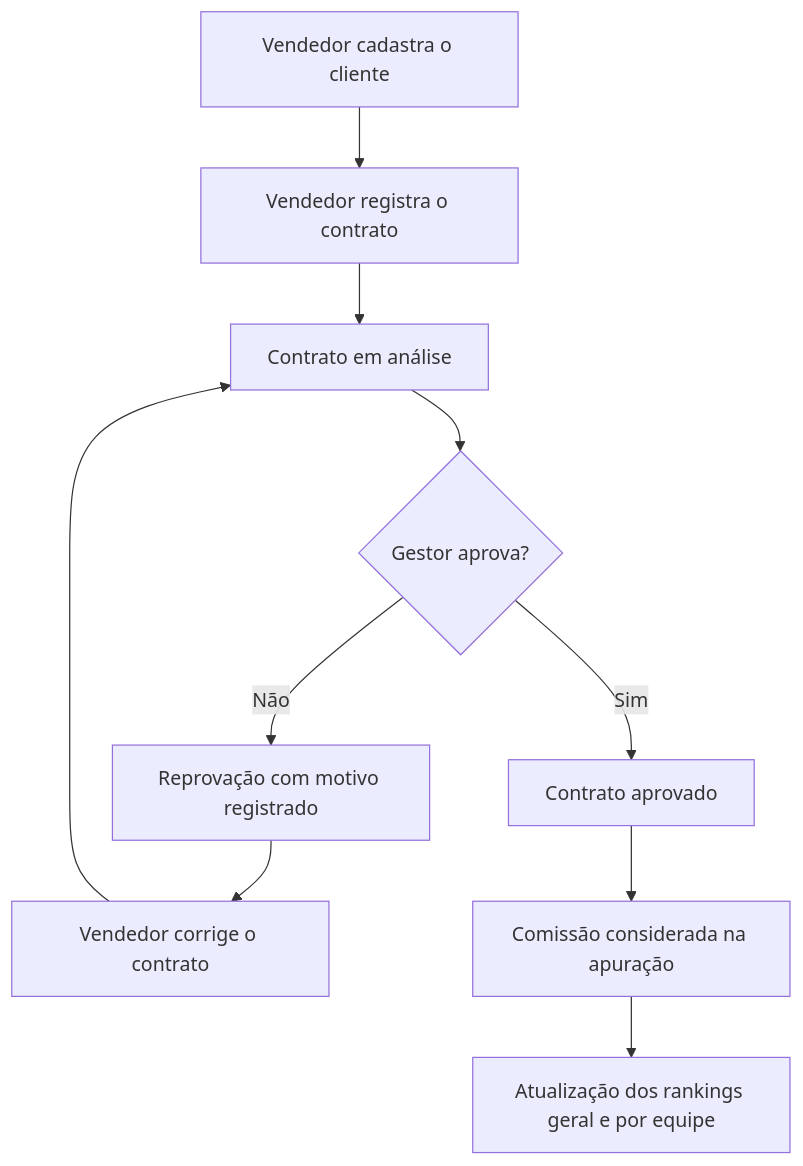
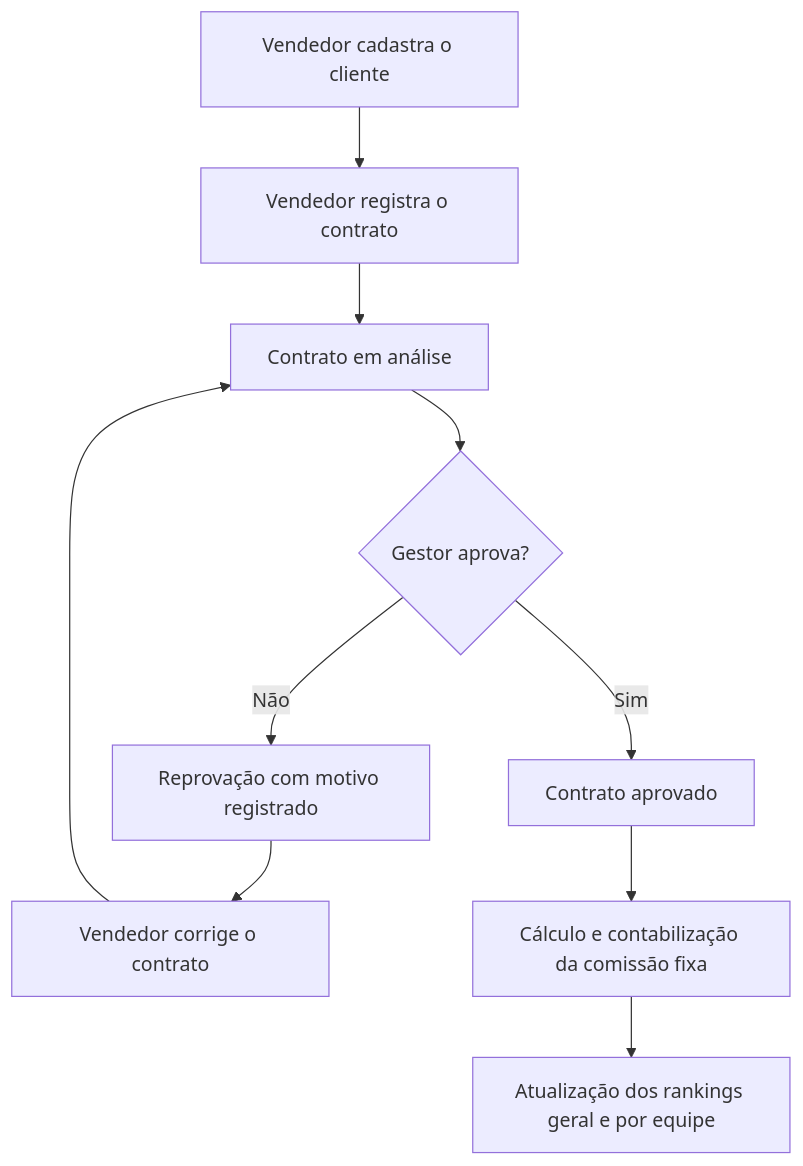
The diagram in README.md (KauanRodolfo/Pim-2-ADS), drawn with Mermaid before and after one commit. The commit also changed other lines of this file, not shown here.

````diff
--- a/README.md
+++ b/README.md
@@ -56,12 +55,12 @@
 ```mermaid
 flowchart TD
     A["Vendedor cadastra o cliente"] --> B["Vendedor registra o contrato"]
     B --> C["Contrato em análise"]
     C --> D{"Gestor aprova?"}
     D -- "Não" --> E["Reprovação com motivo registrado"]
     E --> F["Vendedor corrige o contrato"]
     F --> C
     D -- "Sim" --> G["Contrato aprovado"]
-    G --> H["Comissão considerada na apuração"]
+    G --> H["Cálculo e contabilização da comissão fixa"]
     H --> I["Atualização dos rankings geral e por equipe"]
 ```
````
